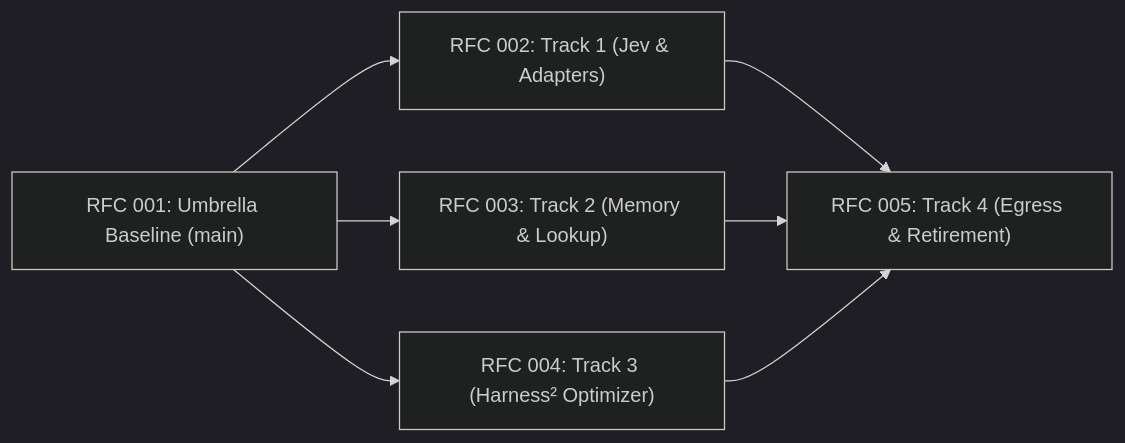
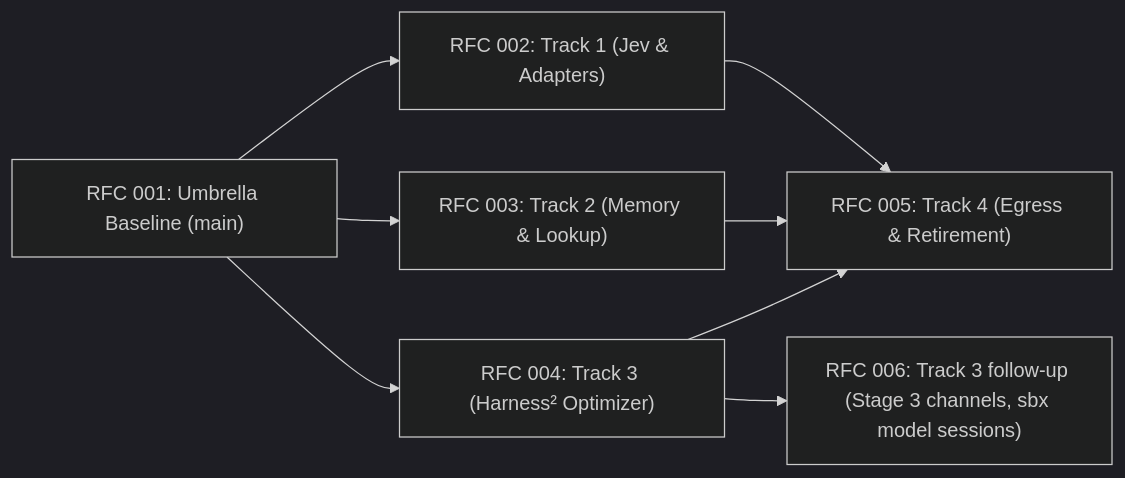
One commit to rockad/cognitive-engine changed the second of 2 diagrams in docs/rfc/001-harness2-jev-unified-cognitive-substrate.md. Above: the diagram before and after it, drawn with Mermaid (dark theme). The commit also changed other lines of this file and 1 other file, not shown here.

First line of the commit message:
docs: add RFC 006 to the RFC index and refresh the Track Status Matrix and README

````diff
--- a/docs/rfc/001-harness2-jev-unified-cognitive-substrate.md
+++ b/docs/rfc/001-harness2-jev-unified-cognitive-substrate.md
@@ -265,7 +267,8 @@
 ```mermaid
 flowchart LR
     RFC001["RFC 001: Umbrella Baseline (main)"] --> Track1["RFC 002: Track 1 (Jev & Adapters)"]
     RFC001 --> Track2["RFC 003: Track 2 (Memory & Lookup)"]
     RFC001 --> Track3["RFC 004: Track 3 (Harness² Optimizer)"]
+    Track3 --> RFC006["RFC 006: Track 3 follow-up (Stage 3 channels, sbx model sessions)"]
     Track1 & Track2 & Track3 --> Track4["RFC 005: Track 4 (Egress & Retirement)"]
 ```
````
